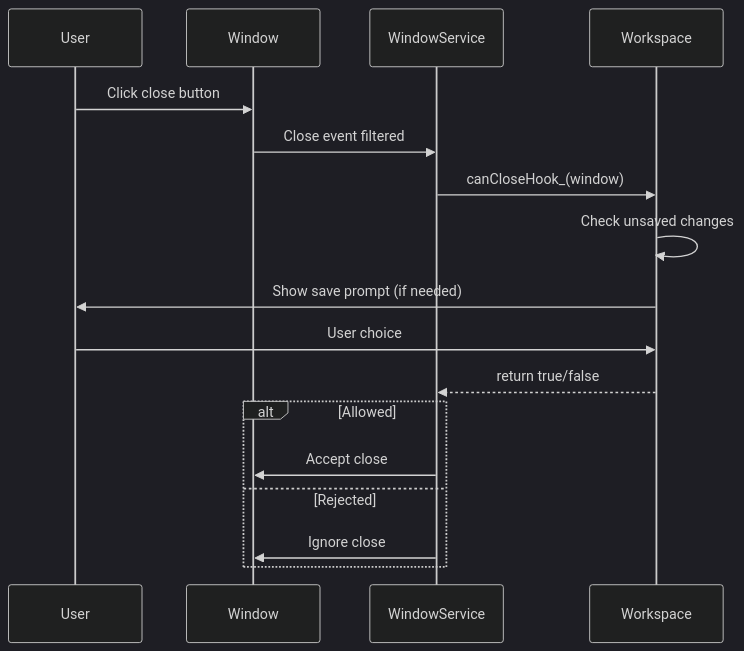
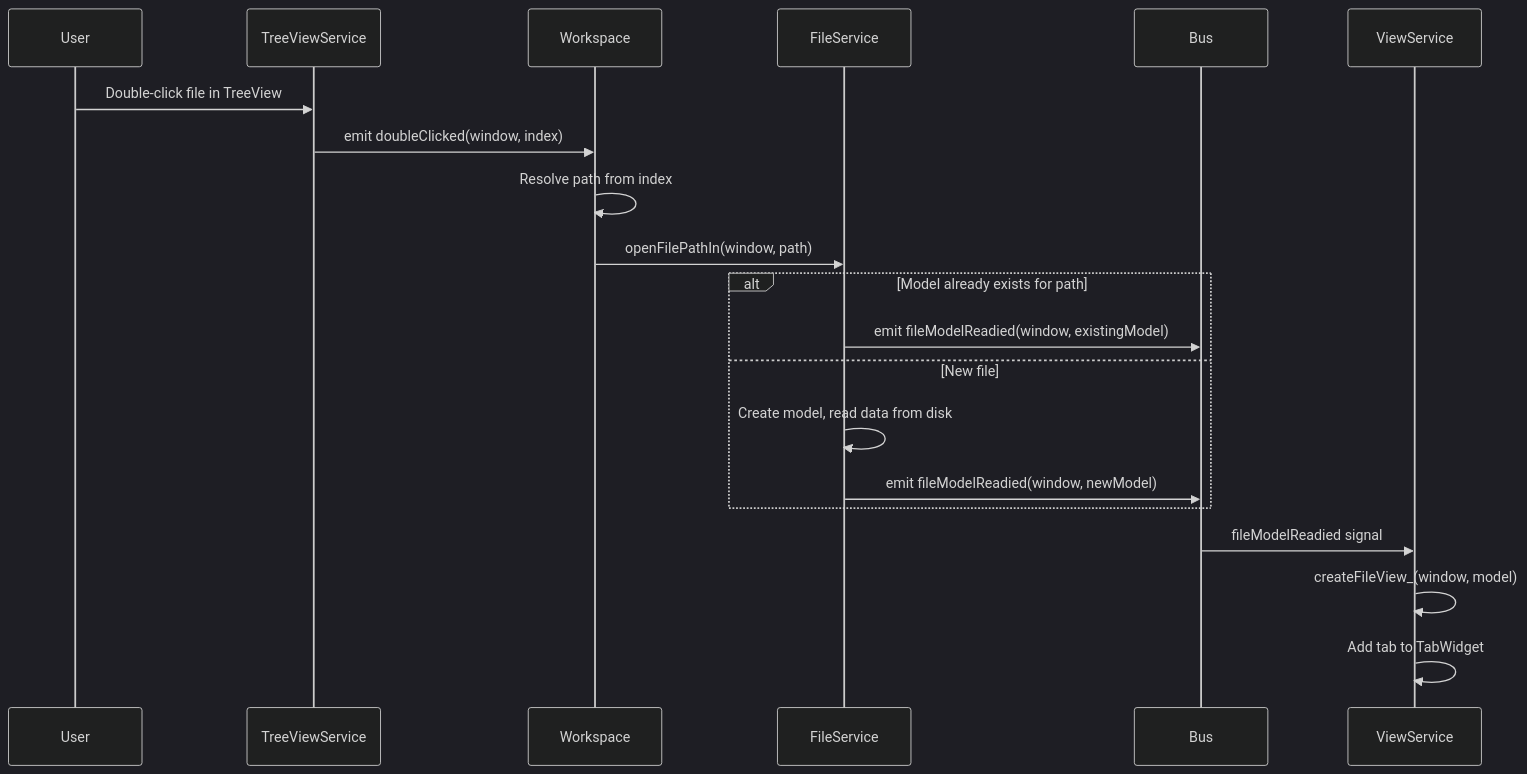
The third of 4 diagrams in Fernanda/docs/Architecture.md (fairybow/Fernanda), drawn with Mermaid (dark theme) before and after one commit. The commit also changed other lines of this file and 15 other files, not shown here.

````diff
--- a/Fernanda/docs/Architecture.md
+++ b/Fernanda/docs/Architecture.md
@@ -307,20 +311,23 @@
 ```mermaid
 sequenceDiagram
     participant U as User
-    participant Win as Window
-    participant WS as WindowService
+    participant TVS as TreeViewService
     participant W as Workspace
+    participant FS as FileService
+    participant B as Bus
+    participant VS as ViewService
 
-    U->>Win: Click close button
-    Win->>WS: Close event filtered
-    WS->>W: canCloseHook_(window)
-    W->>W: Check unsaved changes
-    W->>U: Show save prompt (if needed)
-    U->>W: User choice
-    W-->>WS: return true/false
-    alt Allowed
-        WS->>Win: Accept close
-    else Rejected
-        WS->>Win: Ignore close
+    U->>TVS: Double-click file in TreeView
+    TVS->>W: emit doubleClicked(window, index)
+    W->>W: Resolve path from index
+    W->>FS: openFilePathIn(window, path)
+    alt Model already exists for path
+        FS->>B: emit fileModelReadied(window, existingModel)
+    else New file
+        FS->>FS: Create model, read data from disk
+        FS->>B: emit fileModelReadied(window, newModel)
     end
+    B->>VS: fileModelReadied signal
+    VS->>VS: createFileView_(window, model)
+    VS->>VS: Add tab to TabWidget
 ```
````
